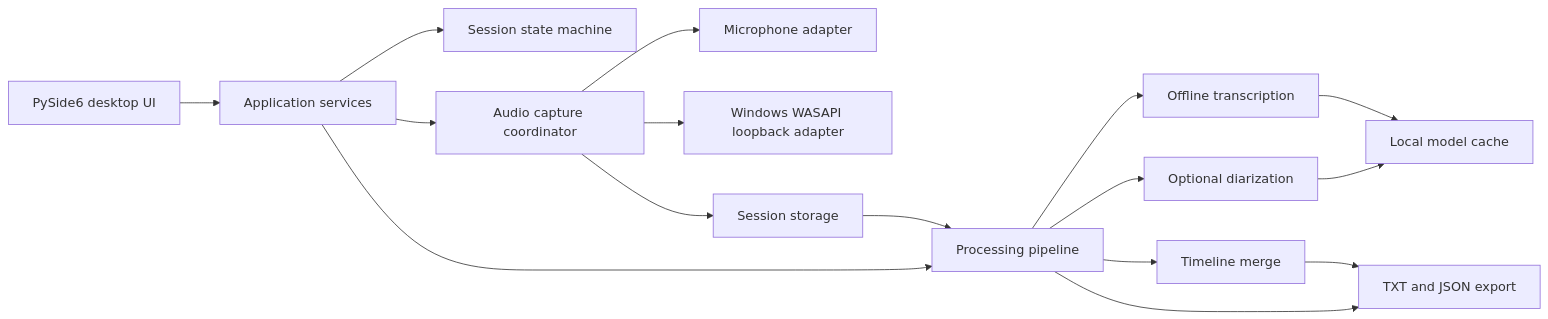
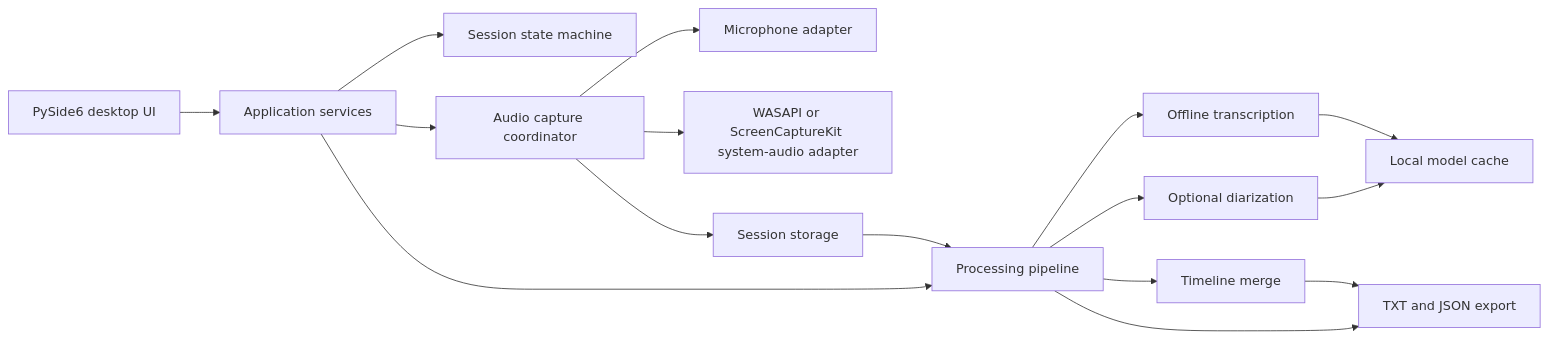
One commit to Dadaranger/Meeting-Transcriber changed the first of 2 diagrams in docs/ARCHITECTURE.md. Above: the diagram before and after it, drawn with Mermaid. The commit also changed other lines of this file and 25 other files, not shown here.

````diff
--- a/docs/ARCHITECTURE.md
+++ b/docs/ARCHITECTURE.md
@@ -16,18 +15,18 @@
 ```mermaid
 flowchart LR
     UI["PySide6 desktop UI"] --> APP["Application services"]
     APP --> SESSION["Session state machine"]
     APP --> CAPTURE["Audio capture coordinator"]
     APP --> PIPELINE["Processing pipeline"]
     CAPTURE --> MIC["Microphone adapter"]
-    CAPTURE --> LOOPBACK["Windows WASAPI loopback adapter"]
+    CAPTURE --> LOOPBACK["WASAPI or ScreenCaptureKit system-audio adapter"]
     CAPTURE --> STORE["Session storage"]
     PIPELINE --> TRANSCRIBE["Offline transcription"]
     PIPELINE --> DIARIZE["Optional diarization"]
     PIPELINE --> MERGE["Timeline merge"]
     PIPELINE --> EXPORT["TXT and JSON export"]
     TRANSCRIBE --> MODELS["Local model cache"]
     DIARIZE --> MODELS
     STORE --> PIPELINE
     MERGE --> EXPORT
 ```
````
